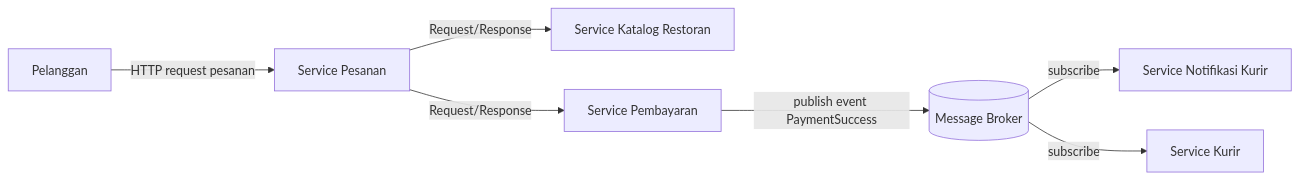
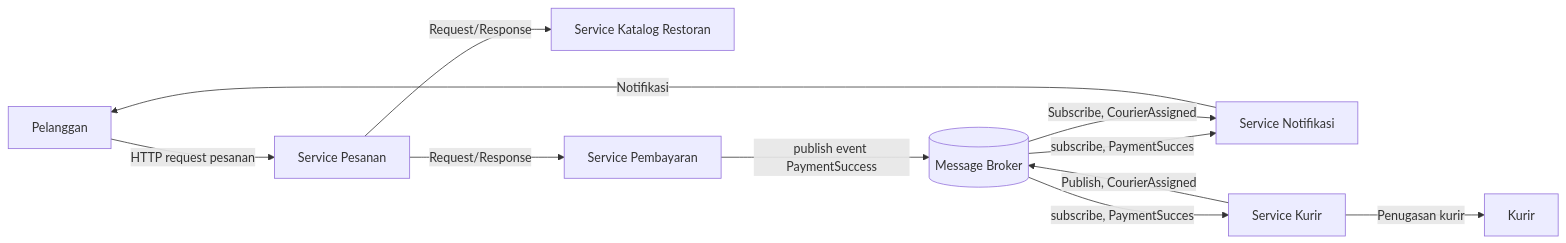
One commit to nabilahrobbaniyah/komputasi-awan-dan-terdistribusi changed the diagram in tugas-02-perancangan-arsitektur/README.md. Above: the diagram before and after it, drawn with Mermaid.

Commit message:
Refine broker and service interactions in README
Updated message broker interactions and added courier assignment flow.

````diff
--- a/tugas-02-perancangan-arsitektur/README.md
+++ b/tugas-02-perancangan-arsitektur/README.md
@@ -49,9 +49,13 @@
 ```mermaid
 graph LR
     Customer[Pelanggan] -->|HTTP request pesanan| OrderSvc[Service Pesanan]
     OrderSvc -->|Request/Response| CatalogSvc[Service Katalog Restoran]
     OrderSvc -->|Request/Response| PaymentSvc[Service Pembayaran]
     PaymentSvc -->|publish event PaymentSuccess| Broker[(Message Broker)]
-    Broker -->|subscribe| NotifSvc[Service Notifikasi Kurir]
-    Broker -->|subscribe| CourierSvc[Service Kurir]
+    Broker -->|subscribe, PaymentSucces| NotifSvc[Service Notifikasi Kurir]
+    Broker -->|subscribe, PaymentSucces| CourierSvc[Service Kurir]
+    CourierSvc -->|Penugasan kurir| Courier[Kurir]
+    CourierSvc -->|Publish, CourierAssigned| Broker
+    Broker -->|Subscribe, CourierAssigned| NotifSvc[Service Notifikasi]
+    NotifSvc -->|Notifikasi| Customer
 ```
````
